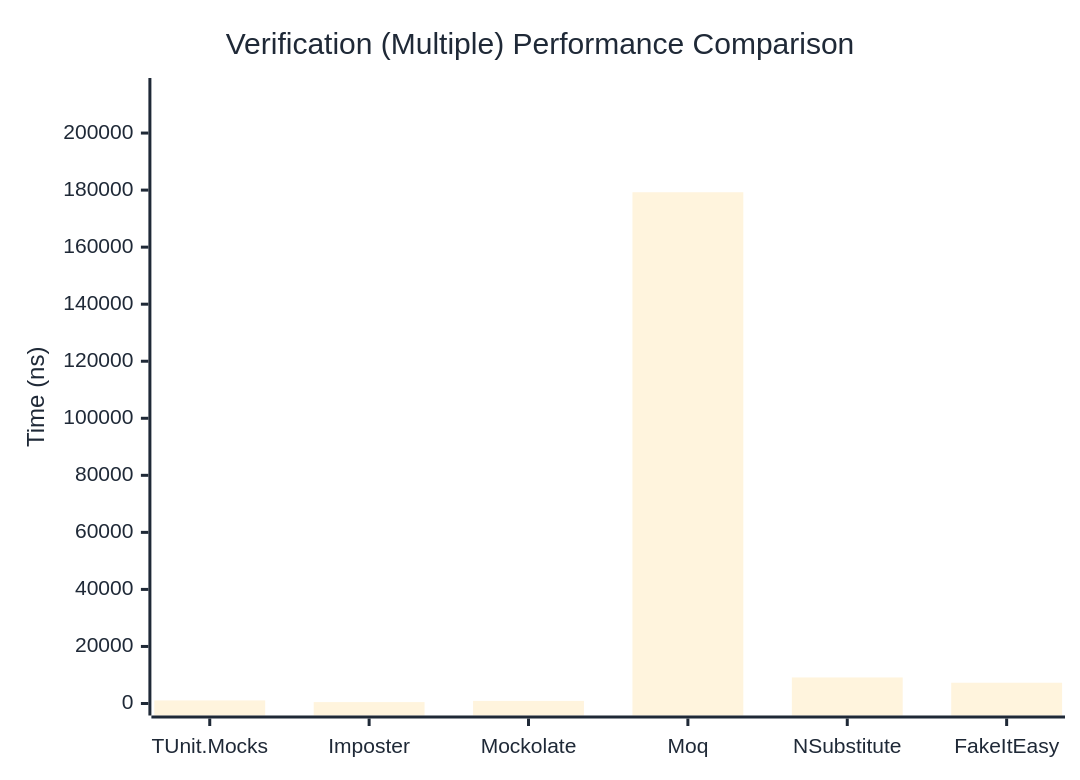
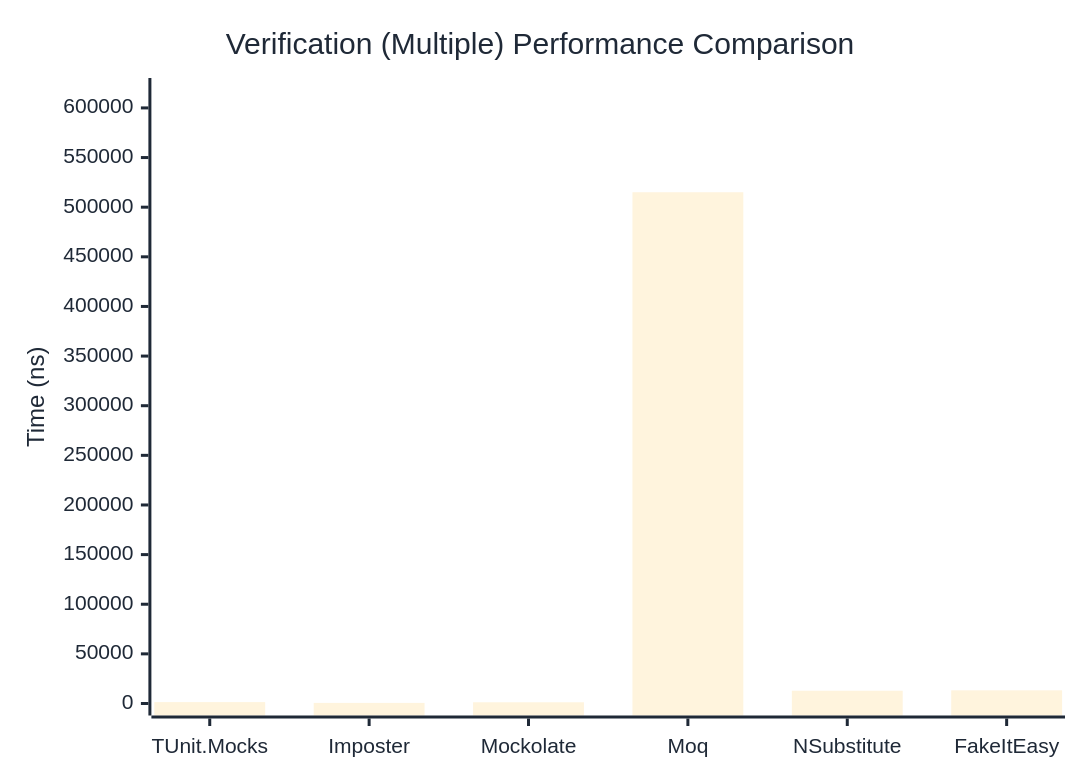
Before and after one commit to thomhurst/TUnit: the third of 3 diagrams in docs/docs/benchmarks/mocks/Verification.md, drawn with Mermaid. The commit also changed other lines of this file and 14 other files, not shown here.

````diff
--- a/docs/docs/benchmarks/mocks/Verification.md
+++ b/docs/docs/benchmarks/mocks/Verification.md
@@ -112,27 +112,27 @@
 ```mermaid
 %%{init: {
   'theme':'base',
   'themeVariables': {
     'primaryColor': '#2563eb',
     'primaryTextColor': '#1f2937',
     'primaryBorderColor': '#1e40af',
     'lineColor': '#6b7280',
     'secondaryColor': '#7c3aed',
     'tertiaryColor': '#dc2626',
     'background': '#ffffff',
     'pie1': '#2563eb',
     'pie2': '#7c3aed',
     'pie3': '#dc2626',
     'pie4': '#f59e0b',
     'pie5': '#10b981',
     'pie6': '#06b6d4',
     'pie7': '#ec4899',
     'pie8': '#6366f1'
   }
 }}%%
 xychart-beta
   title "Verification (Multiple) Performance Comparison"
   x-axis ["TUnit.Mocks", "Imposter", "Mockolate", "Moq", "NSubstitute", "FakeItEasy"]
-  y-axis "Time (ns)" 0 --> 215097
-  bar [1081.49, 488.06, 912.48, 179246.96, 9138.01, 7281.19]
+  y-axis "Time (ns)" 0 --> 618053
+  bar [1407.52, 608.32, 1235.63, 515043.6, 12863.93, 13277.87]
 ```
````
